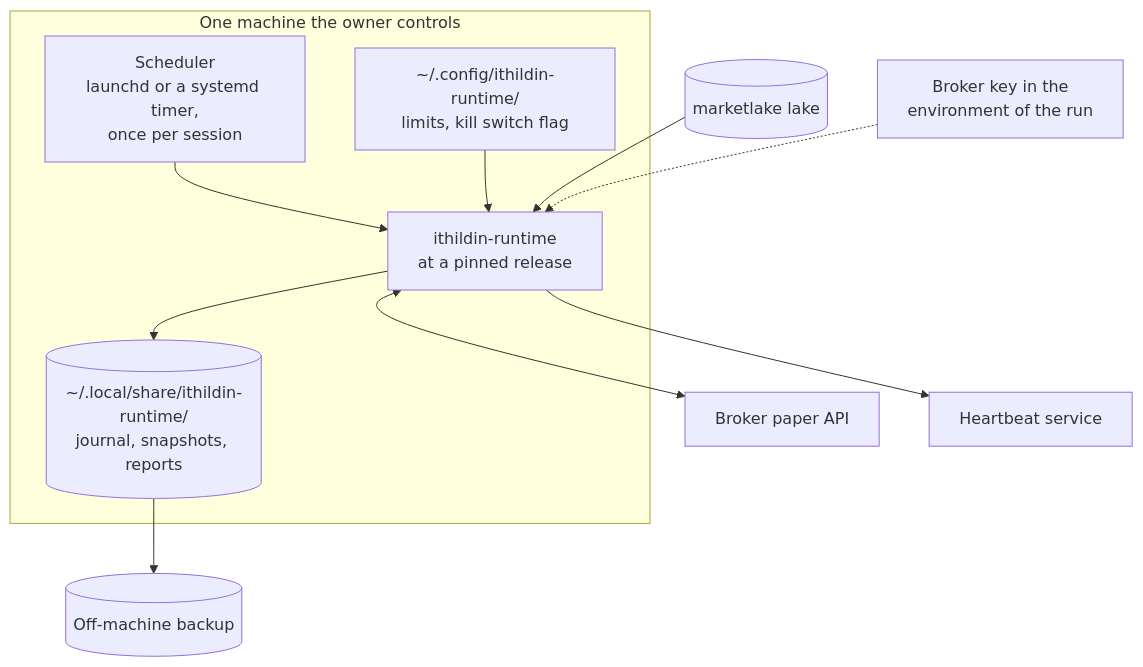
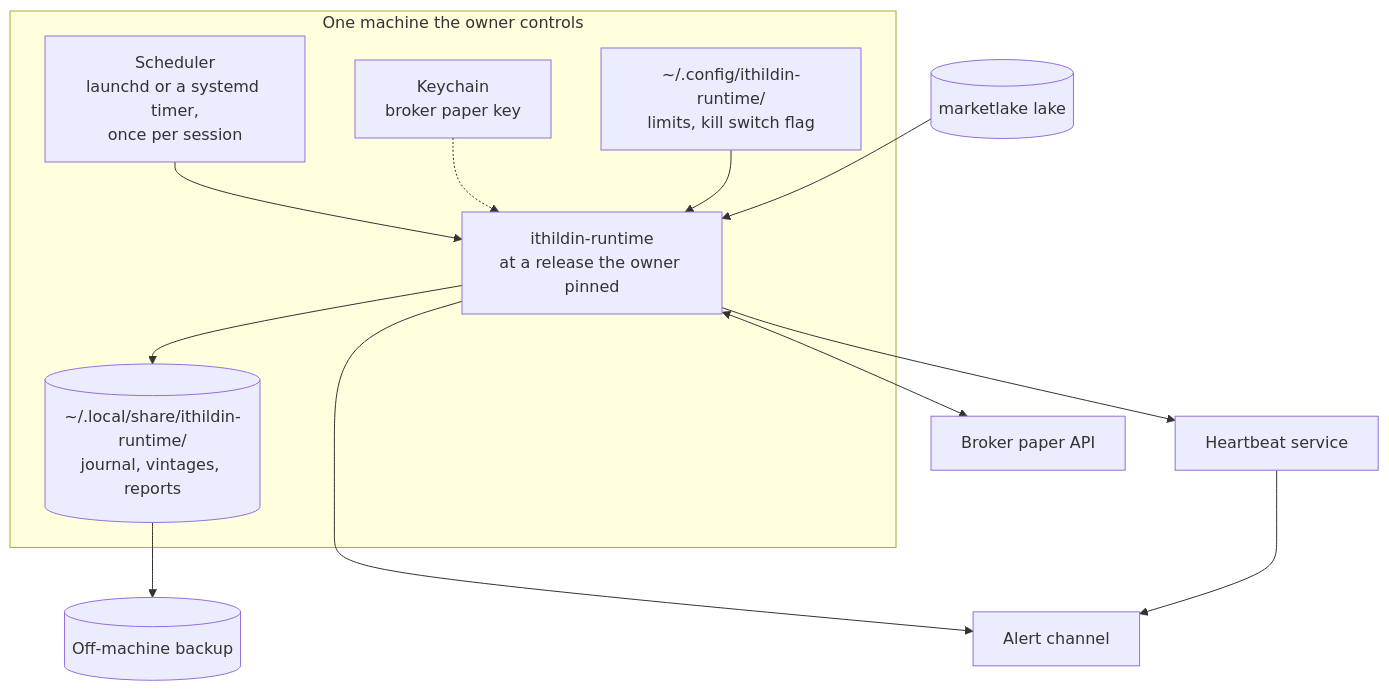
One commit to l3a0/ithildin-runtime changed diagram 15 of 16 in docs/architecture.md. Above: the diagram before and after it, drawn with Mermaid. The commit also changed other lines of this file, not shown here.

First line of the commit message:
docs(architecture): apply the review's verified findings

````diff
--- a/docs/architecture.md
+++ b/docs/architecture.md
@@ -724,23 +928,26 @@
 ```mermaid
 flowchart TB
     subgraph host["One machine the owner controls"]
         timer["Scheduler<br/>launchd or a systemd timer,<br/>once per session"]
-        run["ithildin-runtime<br/>at a pinned release"]
+        run["ithildin-runtime<br/>at a release the owner pinned"]
+        keychain["Keychain<br/>broker paper key"]
         cfg["~/.config/ithildin-runtime/<br/>limits, kill switch flag"]
-        store[("~/.local/share/ithildin-runtime/<br/>journal, snapshots, reports")]
+        store[("~/.local/share/ithildin-runtime/<br/>journal, vintages, reports")]
         timer --> run
+        keychain -.-> run
         cfg --> run
         run --> store
     end
     lake[("marketlake lake")]
     broker["Broker paper API"]
     backup[("Off-machine backup")]
     beat["Heartbeat service"]
-    secrets["Broker key in the<br/>environment of the run"]
+    alerts["Alert channel"]
 
     lake --> run
-    secrets -.-> run
     run <--> broker
     store --> backup
     run --> beat
+    run --> alerts
+    beat --> alerts
 ```
````
